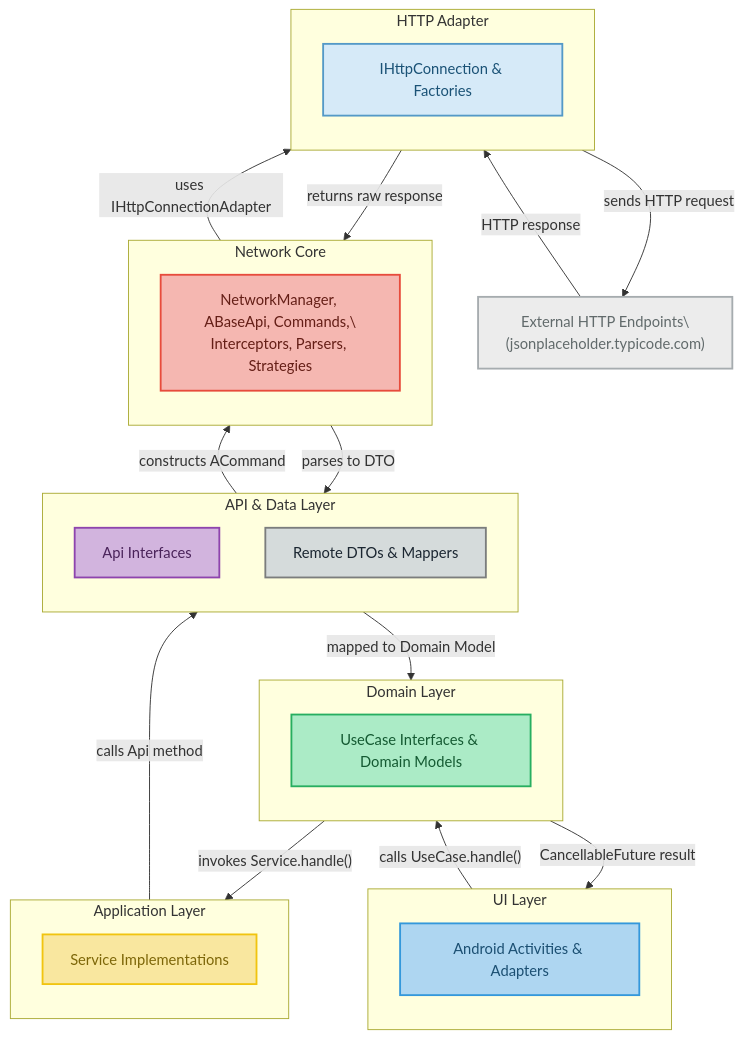
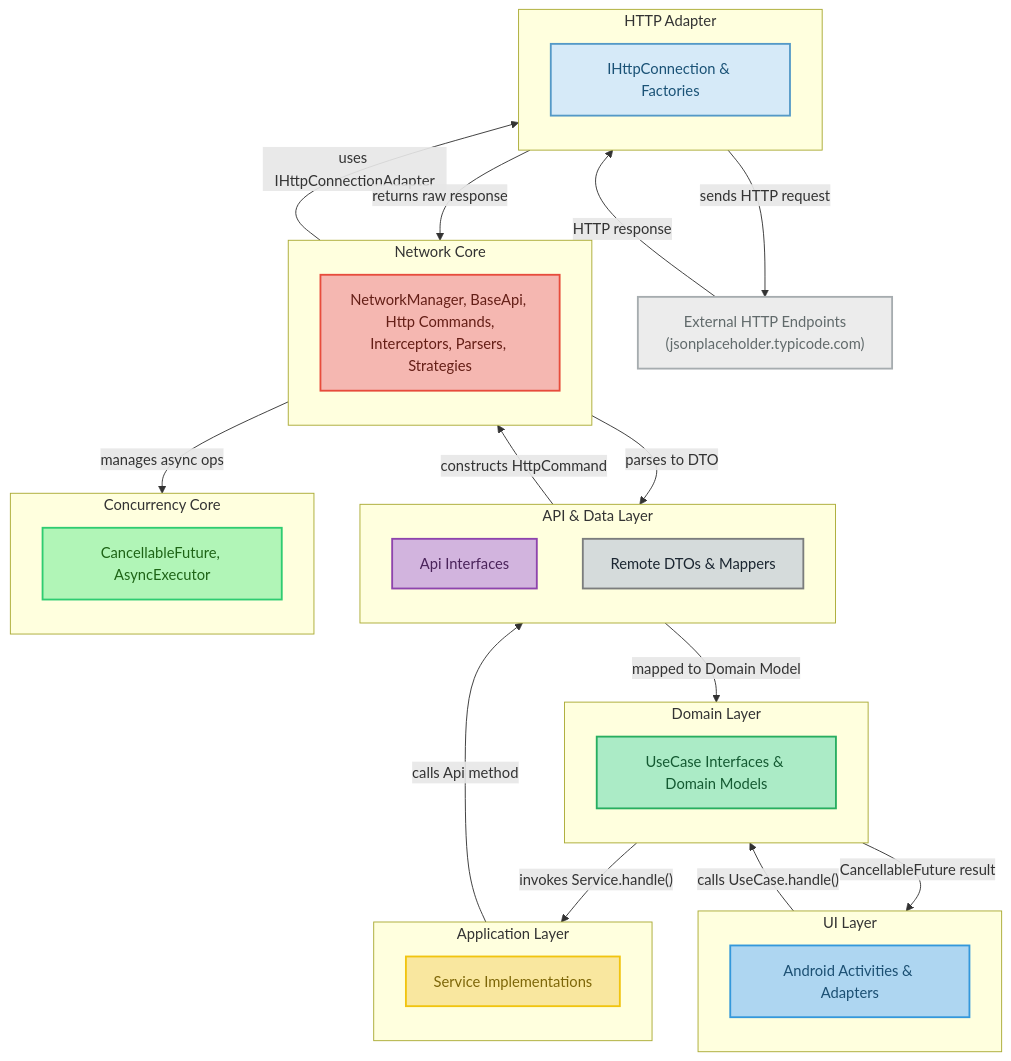
The diagram in README.md (tbiyiktas/CleanNetKit), drawn with Mermaid before and after one commit. The commit also changed other lines of this file, not shown here.

````diff
--- a/README.md
+++ b/README.md
@@ -213,68 +207,76 @@
 ```mermaid
 flowchart TD
     %% Layers
-    subgraph "UI Layer" 
+    subgraph "UI Layer"
         direction TB
         UI["Android Activities & Adapters"]:::ui
     end
 
     subgraph "Domain Layer"
         direction TB
         Domain["UseCase Interfaces & Domain Models"]:::domain
     end
 
     subgraph "Application Layer"
         direction TB
         AppService["Service Implementations"]:::application
     end
 
     subgraph "API & Data Layer"
         direction TB
         API["Api Interfaces"]:::api
         DTO["Remote DTOs & Mappers"]:::data
     end
 
     subgraph "Network Core"
         direction TB
-        NetCore["NetworkManager, ABaseApi, Commands,\\nInterceptors, Parsers, Strategies"]:::network
+        NetCore["NetworkManager, BaseApi, Http Commands,\nInterceptors, Parsers, Strategies"]:::network
+    end
+
+    subgraph "Concurrency Core"
+        direction TB
+        ConcurrencyCore["CancellableFuture, AsyncExecutor"]:::concurrency
     end
 
     subgraph "HTTP Adapter"
         direction TB
         HTTPAdapter["IHttpConnection & Factories"]:::http
     end
 
-    External["External HTTP Endpoints\\n(jsonplaceholder.typicode.com)"]:::external
+    External["External HTTP Endpoints\n(jsonplaceholder.typicode.com)"]:::external
 
     %% Data Flow
     UI -->|"calls UseCase.handle()"| Domain
     Domain -->|"invokes Service.handle()"| AppService
     AppService -->|"calls Api method"| API
-    API -->|"constructs ACommand"| NetCore
+    API -->|"constructs HttpCommand"| NetCore
     NetCore -->|"uses IHttpConnectionAdapter"| HTTPAdapter
+    NetCore -->|"manages async ops"| ConcurrencyCore
     HTTPAdapter -->|"sends HTTP request"| External
     External -->|"HTTP response"| HTTPAdapter
     HTTPAdapter -->|"returns raw response"| NetCore
     NetCore -->|"parses to DTO"| DTO
     DTO -->|"mapped to Domain Model"| Domain
     Domain -->|"CancellableFuture result"| UI
 
-    %% Click Events
-    click UI "https://github.com/tbiyiktas/cleannetkit/tree/main/app/src/main/java/com/example/cleannetkit"
-    click Domain "https://github.com/tbiyiktas/cleannetkit/tree/main/app/src/main/java/com/example/cleannetkit/domain"
-    click AppService "https://github.com/tbiyiktas/cleannetkit/tree/main/app/src/main/java/com/example/cleannetkit/application/service"
-    click API "https://github.com/tbiyiktas/cleannetkit/tree/main/app/src/main/java/com/example/cleannetkit/application/api"
-    click DTO "https://github.com/tbiyiktas/cleannetkit/tree/main/app/src/main/java/com/example/cleannetkit/data/remote/dto"
-    click NetCore "https://github.com/tbiyiktas/cleannetkit/tree/main/app/src/main/java/lib/net"
-    click HTTPAdapter "https://github.com/tbiyiktas/cleannetkit/tree/main/app/src/main/java/lib/net/connection"
+    %% Click Events (use plain URLs in Mermaid)
+    click UI "https://github.com/tbiyiktas/cleannetkit/tree/main/app/src/main/java/com/example/cleannetkit" _blank
+    click Domain "https://github.com/tbiyiktas/cleannetkit/tree/main/app/src/main/java/com/example/cleannetkit/domain" _blank
+    click AppService "https://github.com/tbiyiktas/cleannetkit/tree/main/app/src/main/java/com/example/cleannetkit/application/service" _blank
+    click API "https://github.com/tbiyiktas/cleannetkit/tree/main/app/src/main/java/com/example/cleannetkit/application/api" _blank
+    click DTO "https://github.com/tbiyiktas/cleannetkit/tree/main/app/src/main/java/com/example/cleannetkit/data/remote/dto" _blank
+    click NetCore "https://github.com/tbiyiktas/cleannetkit/tree/main/app/src/main/java/lib/net" _blank
+    click HTTPAdapter "https://github.com/tbiyiktas/cleannetkit/tree/main/app/src/main/java/lib/net/connection" _blank
+    click ConcurrencyCore "https://github.com/tbiyiktas/cleannetkit/tree/main/app/src/main/java/lib/concurrent" _blank
 
     %% Styles
     classDef ui fill:#AED6F1,stroke:#3498DB,color:#1B4F72,stroke-width:2px;
     classDef domain fill:#ABEBC6,stroke:#27AE60,color:#145A32,stroke-width:2px;
     classDef application fill:#F9E79F,stroke:#F1C40F,color:#7D6608,stroke-width:2px;
     classDef api fill:#D2B4DE,stroke:#8E44AD,color:#4A235A,stroke-width:2px;
     classDef data fill:#D5DBDB,stroke:#7B7D7D,color:#1B2631,stroke-width:2px;
     classDef network fill:#F5B7B1,stroke:#E74C3C,color:#641E16,stroke-width:2px;
+    classDef concurrency fill:#B1F5B7,stroke:#2ECC71,color:#1E6416,stroke-width:2px;
     classDef http fill:#D6EAF8,stroke:#5499C7,color:#1A5276,stroke-width:2px;
     classDef external fill:#ECECEC,stroke:#A6ACAF,color:#616A6B,stroke-width:2px;
 ```
````
